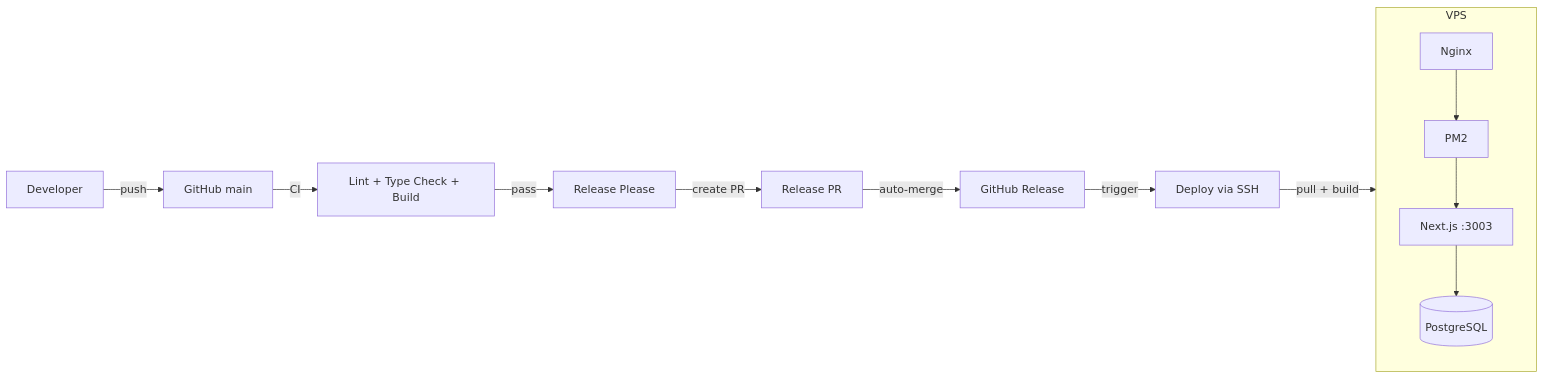
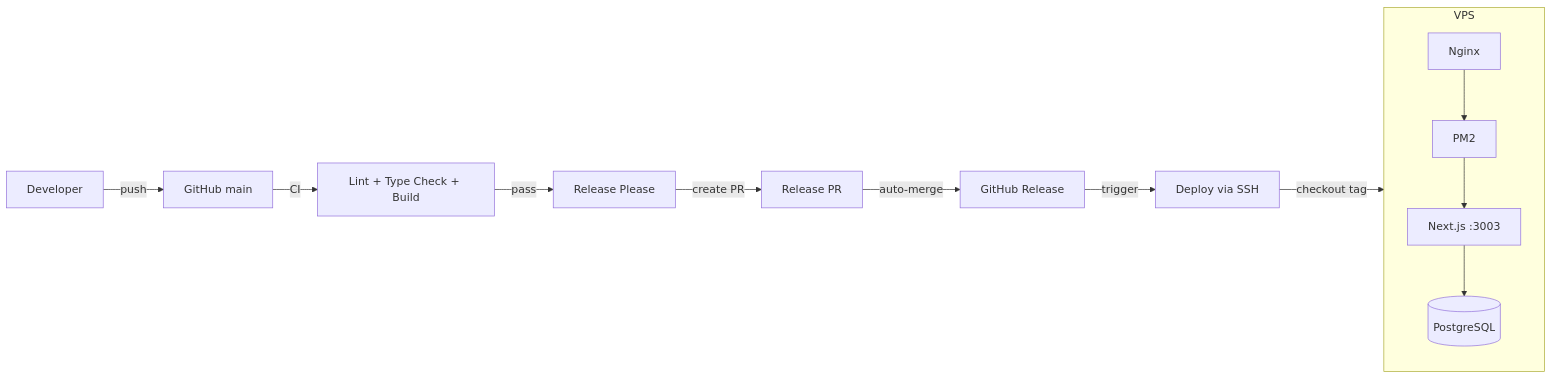
One commit to vandetho/symflowbuilder changed the fourth of 4 diagrams in docs/architecture.md. Above: the diagram before and after it, drawn with Mermaid. The commit also changed other lines of this file and 3 other files, not shown here.

First line of the commit message:
feat: redesign landing page as workflow flow, expand documentation

````diff
--- a/docs/architecture.md
+++ b/docs/architecture.md
@@ -131,16 +192,16 @@
 ```mermaid
 flowchart LR
     DEV[Developer] -->|push| GH[GitHub main]
     GH -->|CI| CI[Lint + Type Check + Build]
     CI -->|pass| RP[Release Please]
     RP -->|create PR| PR[Release PR]
     PR -->|auto-merge| REL[GitHub Release]
     REL -->|trigger| DEP[Deploy via SSH]
-    DEP -->|pull + build| VPS[VPS]
+    DEP -->|checkout tag| VPS[VPS]
 
     subgraph VPS
         NG[Nginx] --> PM2[PM2]
         PM2 --> NJS[Next.js :3003]
         NJS --> PG[(PostgreSQL)]
     end
 ```
````
